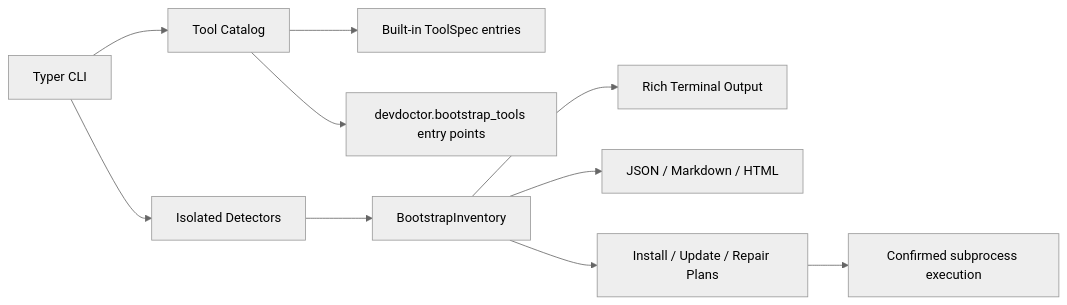
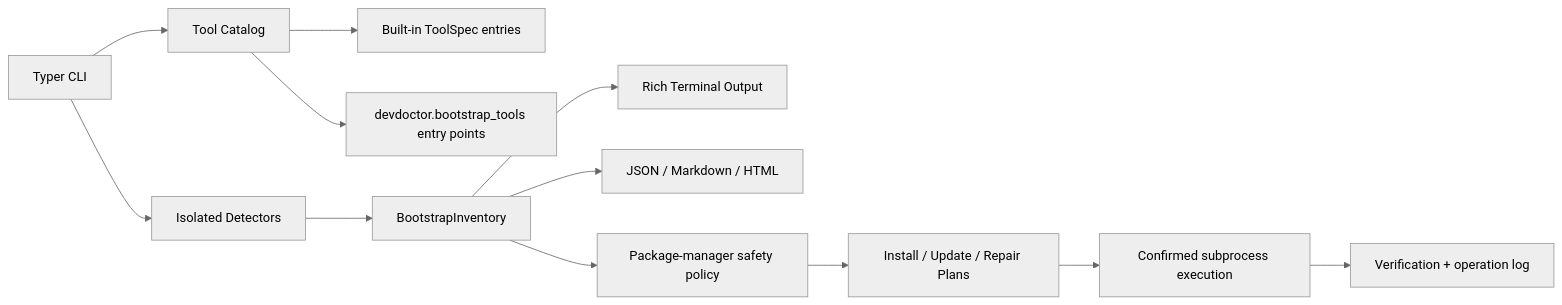
The diagram in README.md (imedkablavi/DevDoctor), drawn with Mermaid (neutral theme) before and after one commit. The commit also changed other lines of this file, not shown here.

````diff
--- a/README.md
+++ b/README.md
@@ -223,12 +226,14 @@
 ```mermaid
 flowchart LR
   CLI[Typer CLI] --> Catalog[Tool Catalog]
   Catalog --> Builtins[Built-in ToolSpec entries]
   Catalog --> Plugins[devdoctor.bootstrap_tools entry points]
   CLI --> Detector[Isolated Detectors]
   Detector --> Inventory[BootstrapInventory]
   Inventory --> Terminal[Rich Terminal Output]
   Inventory --> Exporters[JSON / Markdown / HTML]
-  Inventory --> Planner[Install / Update / Repair Plans]
+  Inventory --> Policy[Package-manager safety policy]
+  Policy --> Planner[Install / Update / Repair Plans]
   Planner --> Executor[Confirmed subprocess execution]
+  Executor --> Verify[Verification + operation log]
 ```
````
